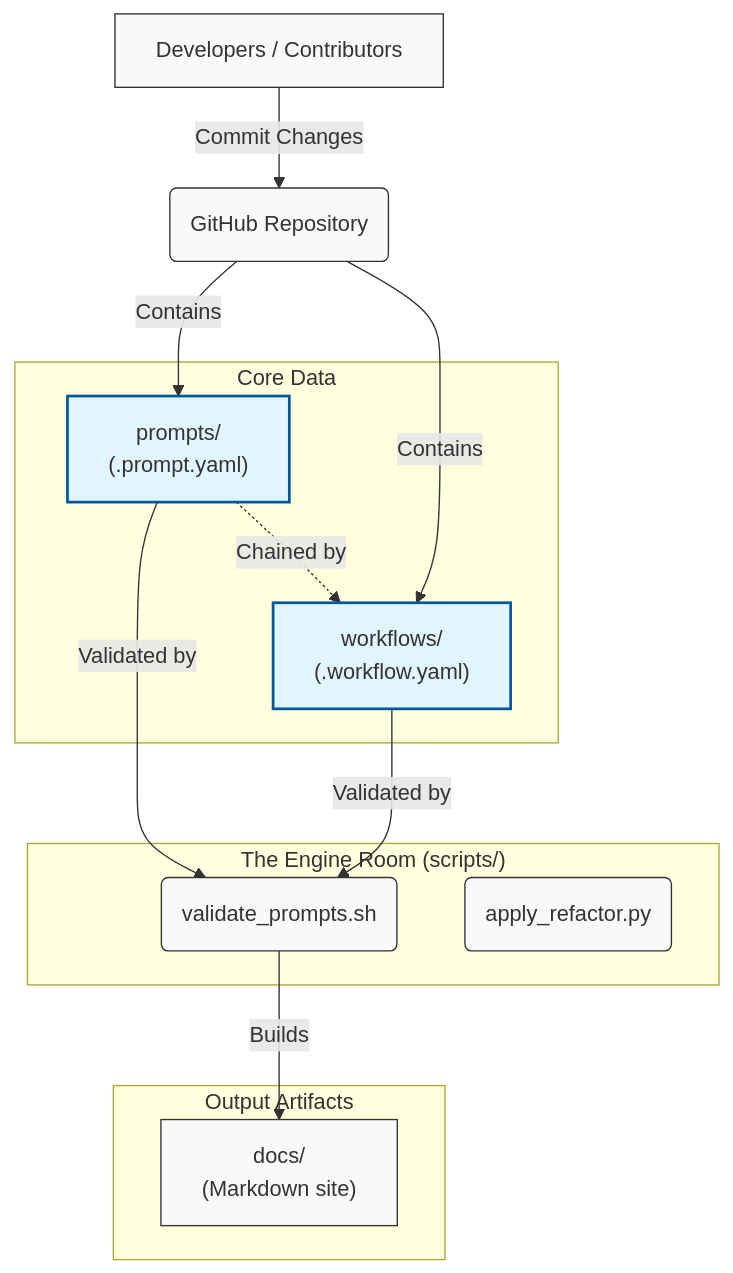
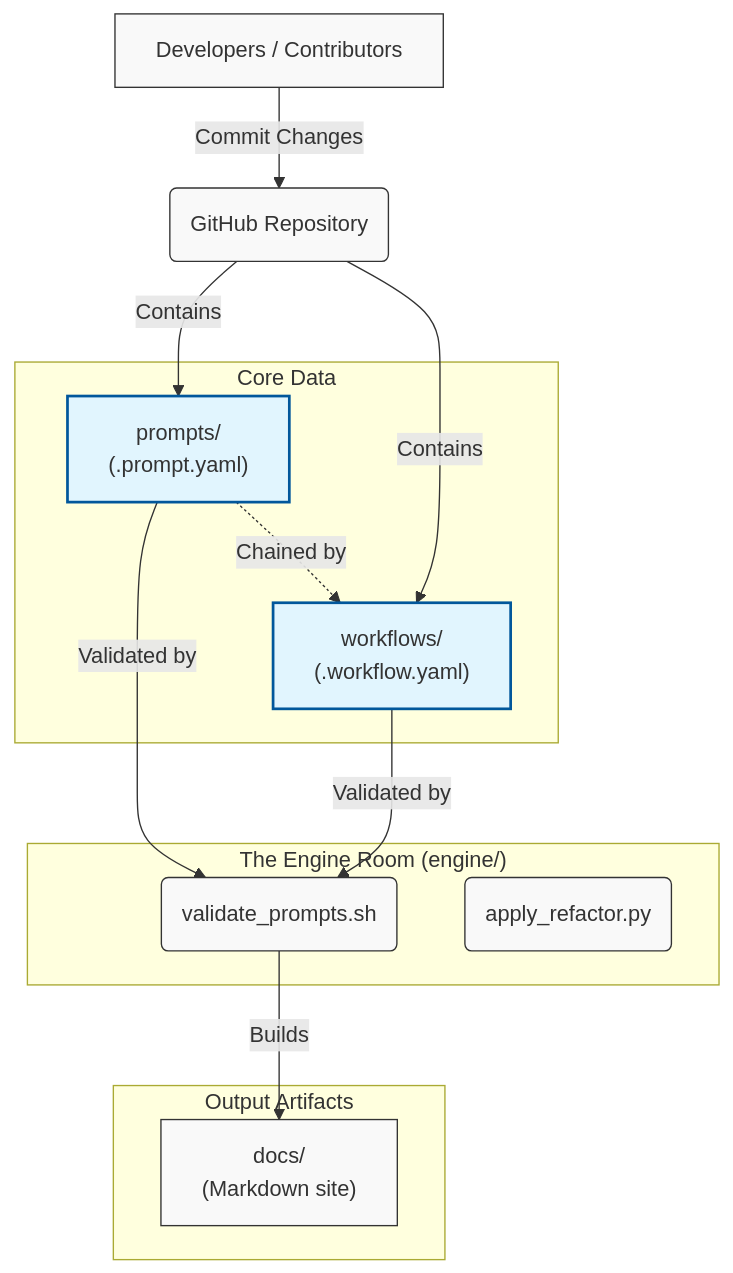
Before and after one commit to fderuiter/proompts: the diagram in README.md, drawn with Mermaid. The commit also changed other lines of this file and 79 other files, not shown here.

````diff
--- a/README.md
+++ b/README.md
@@ -23,32 +23,32 @@
 ```mermaid
 graph TD
     %% Define Nodes
     A[Developers / Contributors] -->|Commit Changes| B(GitHub Repository)
 
     subgraph "Core Data"
         C1["prompts/<br>(.prompt.yaml)"]
         C2["workflows/<br>(.workflow.yaml)"]
         C1 -.->|Chained by| C2
     end
     B -->|Contains| C1
     B -->|Contains| C2
 
-    subgraph "The Engine Room (scripts/)"
+    subgraph "The Engine Room (engine/)"
         D1(validate_prompts.sh)
         D2(apply_refactor.py)
     end
 
     %% Flow of Validation
     C1 -->|Validated by| D1
     C2 -->|Validated by| D1
 
     subgraph "Output Artifacts"
         E1["docs/<br>(Markdown site)"]
     end
 
     D1 -->|Builds| E1
 
     classDef default fill:#f9f9f9,stroke:#333,stroke-width:1px;
     classDef highlight fill:#e1f5fe,stroke:#01579b,stroke-width:2px;
     class C1,C2 highlight;
 ```
````
